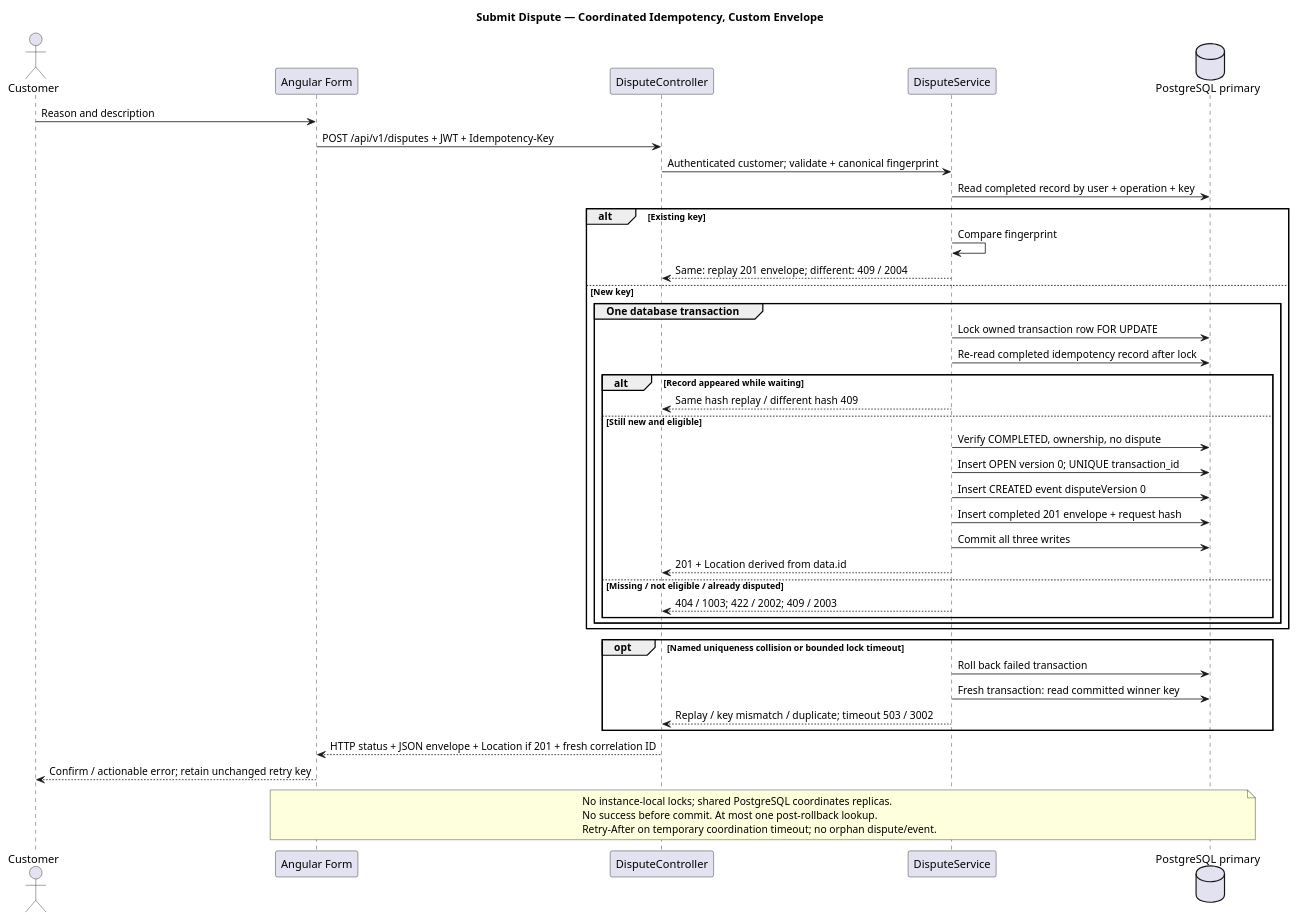
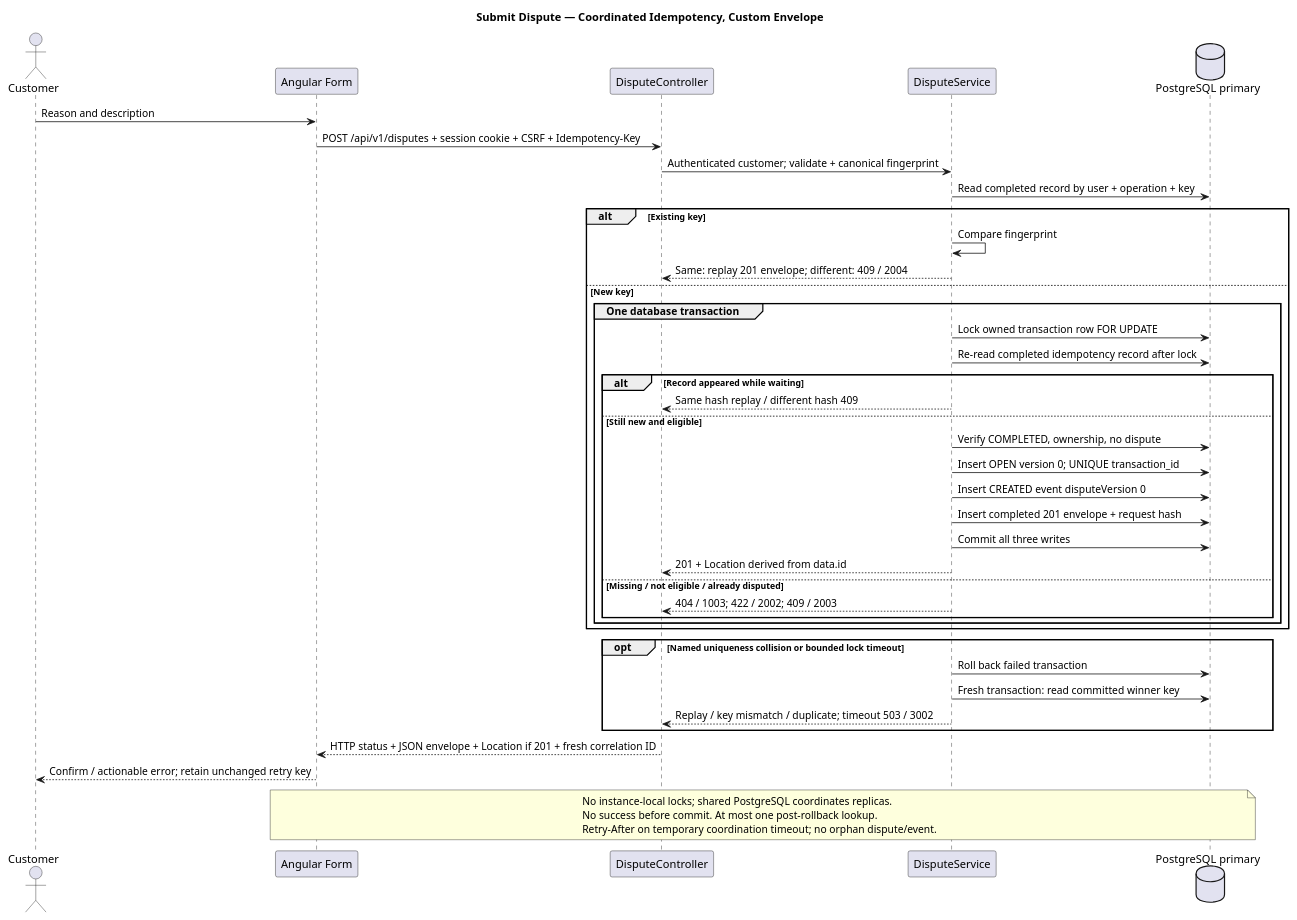
Before and after one commit to DonaldMbara/transaction-dispute-portal: the diagram in docs/design/plantuml/submit-dispute.puml, drawn with PlantUML. The commit also changed 27 other files, not shown here.

Commit message:
docs: align architecture with session-based authentication

```diff
--- a/docs/design/plantuml/submit-dispute.puml
+++ b/docs/design/plantuml/submit-dispute.puml
@@ -1,45 +1,45 @@
 @startuml
 title Submit Dispute — Coordinated Idempotency, Custom Envelope
 actor Customer
 participant "Angular Form" as UI
 participant "DisputeController" as C
 participant "DisputeService" as S
 database "PostgreSQL primary" as DB
 Customer -> UI : Reason and description
-UI -> C : POST /api/v1/disputes + JWT + Idempotency-Key
+UI -> C : POST /api/v1/disputes + session cookie + CSRF + Idempotency-Key
 C -> S : Authenticated customer; validate + canonical fingerprint
 S -> DB : Read completed record by user + operation + key
 alt Existing key
   S -> S : Compare fingerprint
   S --> C : Same: replay 201 envelope; different: 409 / 2004
 else New key
   group One database transaction
     S -> DB : Lock owned transaction row FOR UPDATE
     S -> DB : Re-read completed idempotency record after lock
     alt Record appeared while waiting
       S --> C : Same hash replay / different hash 409
     else Still new and eligible
       S -> DB : Verify COMPLETED, ownership, no dispute
       S -> DB : Insert OPEN version 0; UNIQUE transaction_id
       S -> DB : Insert CREATED event disputeVersion 0
       S -> DB : Insert completed 201 envelope + request hash
       S -> DB : Commit all three writes
       S --> C : 201 + Location derived from data.id
     else Missing / not eligible / already disputed
       S --> C : 404 / 1003; 422 / 2002; 409 / 2003
     end
   end
 end
 opt Named uniqueness collision or bounded lock timeout
   S -> DB : Roll back failed transaction
   S -> DB : Fresh transaction: read committed winner key
   S --> C : Replay / key mismatch / duplicate; timeout 503 / 3002
 end
 C --> UI : HTTP status + JSON envelope + Location if 201 + fresh correlation ID
 UI --> Customer : Confirm / actionable error; retain unchanged retry key
 note over UI, DB
 No instance-local locks; shared PostgreSQL coordinates replicas.
 No success before commit. At most one post-rollback lookup.
 Retry-After on temporary coordination timeout; no orphan dispute/event.
 end note
 @enduml
```
